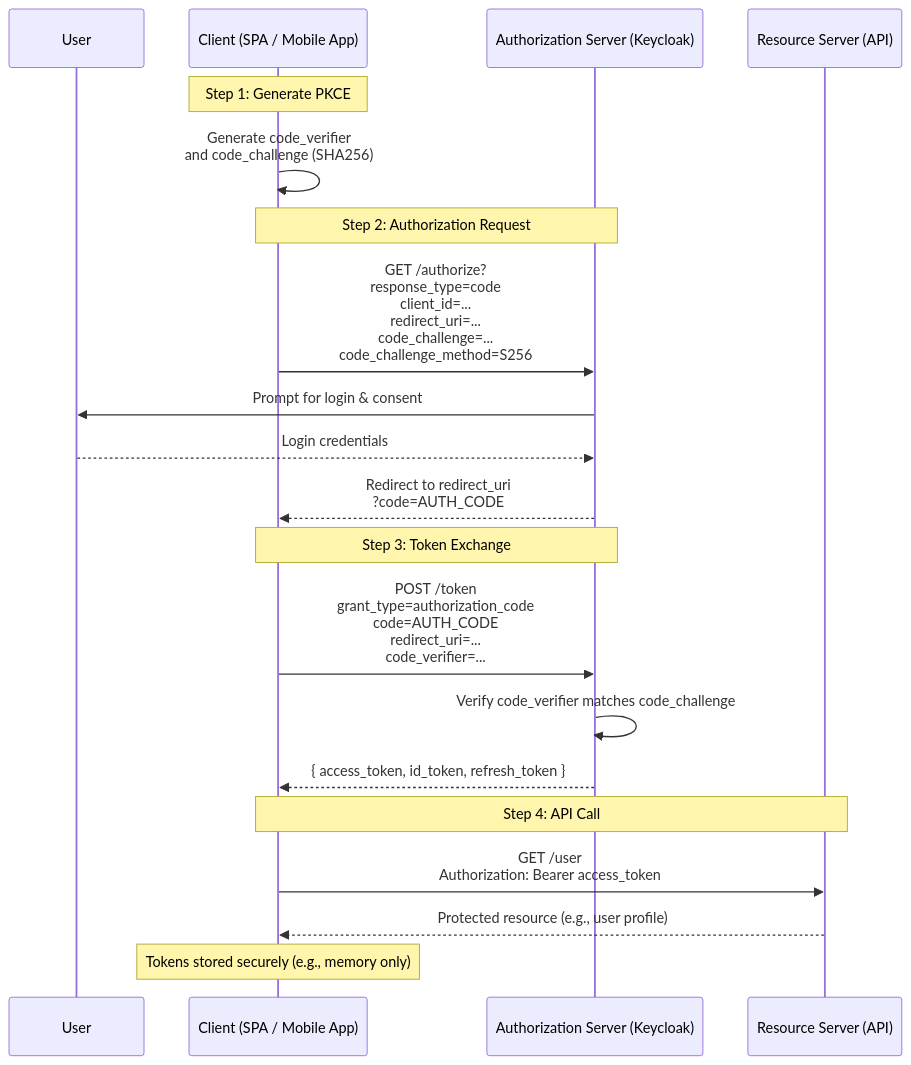
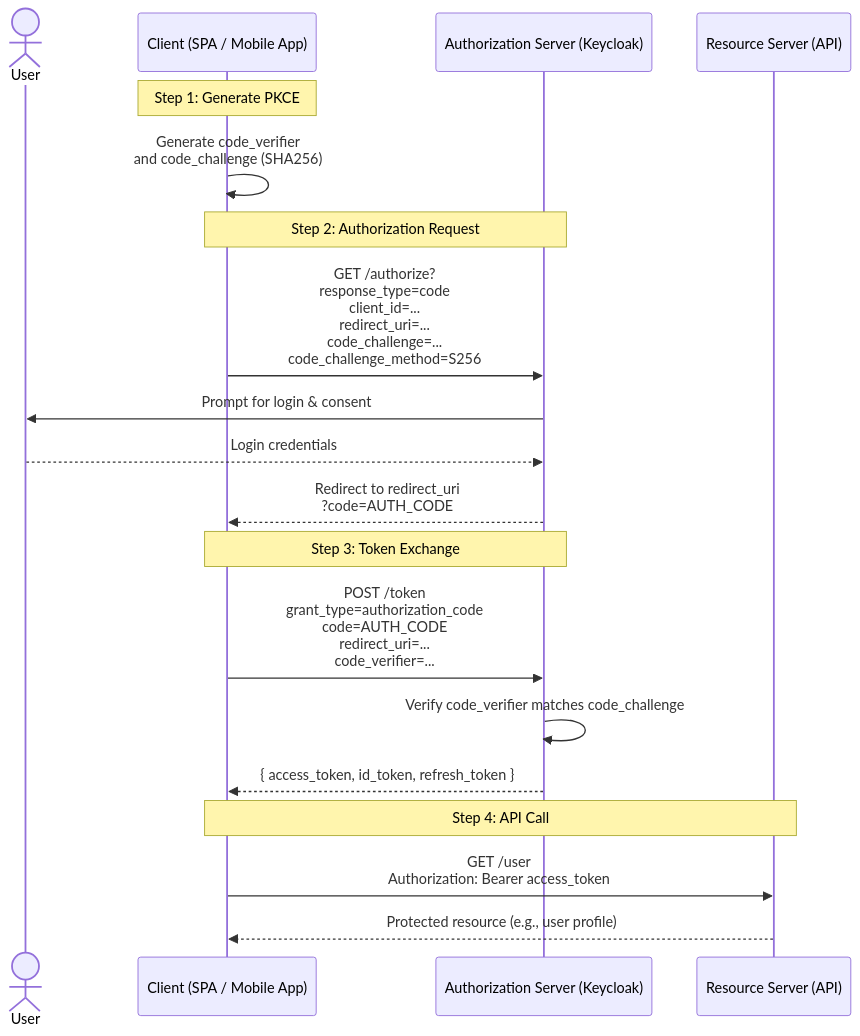
The second of 2 diagrams in keycloak_slides.md (Juniar-Rakhman/kc_learn), drawn with Mermaid before and after one commit. The commit also changed other lines of this file, not shown here.

````diff
--- a/keycloak_slides.md
+++ b/keycloak_slides.md
@@ -352,27 +352,26 @@
 ```mermaid +render
 sequenceDiagram
-participant User
+Actor User
 participant ClientApp as Client (SPA / Mobile App)
 participant AuthServer as Authorization Server (Keycloak)
 participant ResourceServer as Resource Server (API)
 
     Note over ClientApp: Step 1: Generate PKCE
     ClientApp->>ClientApp: Generate code_verifier<br/>and code_challenge (SHA256)
 
     Note over ClientApp,AuthServer: Step 2: Authorization Request
     ClientApp->>AuthServer: GET /authorize?<br/>response_type=code<br/>client_id=...<br/>redirect_uri=...<br/>code_challenge=...<br/>code_challenge_method=S256
     AuthServer->>User: Prompt for login & consent
     User-->>AuthServer: Login credentials
     AuthServer-->>ClientApp: Redirect to redirect_uri<br/>?code=AUTH_CODE
 
     Note over ClientApp,AuthServer: Step 3: Token Exchange
     ClientApp->>AuthServer: POST /token<br/>grant_type=authorization_code<br/>code=AUTH_CODE<br/>redirect_uri=...<br/>code_verifier=...
     AuthServer->>AuthServer: Verify code_verifier matches code_challenge
     AuthServer-->>ClientApp: { access_token, id_token, refresh_token }
 
     Note over ClientApp,ResourceServer: Step 4: API Call
     ClientApp->>ResourceServer: GET /user<br/>Authorization: Bearer access_token
     ResourceServer-->>ClientApp: Protected resource (e.g., user profile)
 
-    Note over ClientApp: Tokens stored securely (e.g., memory only)
 ```
````
